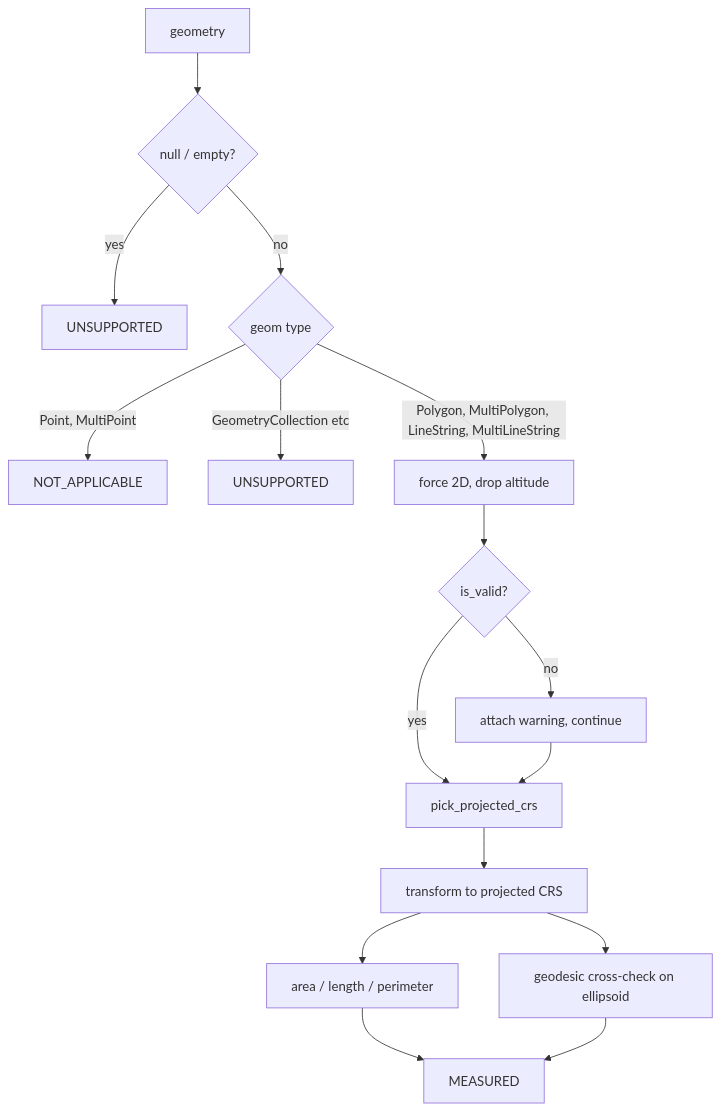
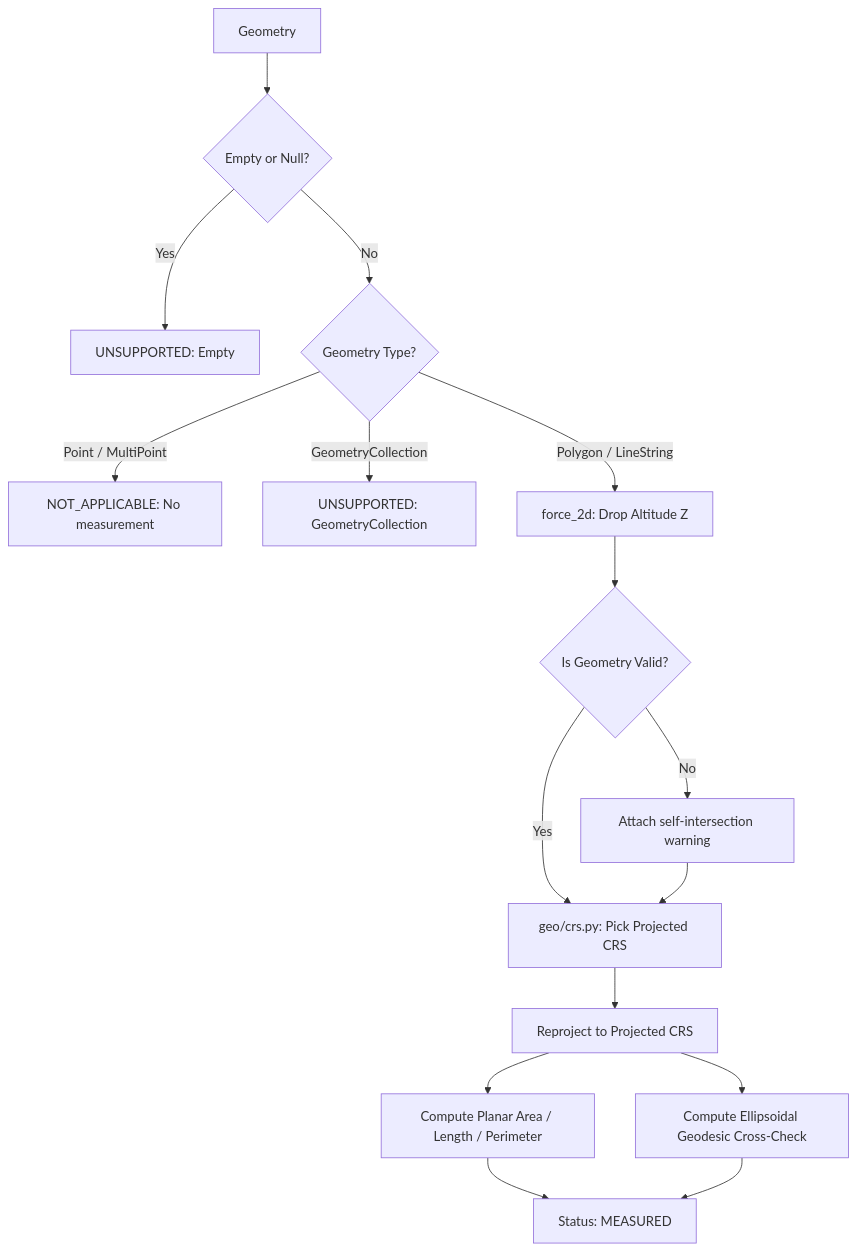
Before and after one commit to Sumith2104/geo-measure-api: the third of 3 diagrams in README.md, drawn with Mermaid. The commit also changed other lines of this file and 1 other file, not shown here.

````diff
--- a/README.md
+++ b/README.md
@@ -236,18 +306,21 @@
 ```mermaid
 flowchart TD
-    G[geometry] --> N{null / empty?}
-    N -- yes --> U1[UNSUPPORTED]
-    N -- no --> T{geom type}
-    T -- Point, MultiPoint --> NA[NOT_APPLICABLE]
-    T -- GeometryCollection etc --> U2[UNSUPPORTED]
-    T -- Polygon, MultiPolygon, LineString, MultiLineString --> F2[force 2D, drop altitude]
-    F2 --> V{is_valid?}
-    V -- no --> W[attach warning, continue]
-    V -- yes --> P
-    W --> P[pick_projected_crs]
-    P --> PR[transform to projected CRS]
-    PR --> AR[area / length / perimeter]
-    PR --> GE[geodesic cross-check on ellipsoid]
-    AR --> OUT[MEASURED]
-    GE --> OUT
+    G[Geometry] --> EmptyCheck{Empty or Null?}
+    EmptyCheck -- Yes --> U1[UNSUPPORTED: Empty]
+    EmptyCheck -- No --> TypeCheck{Geometry Type?}
+    
+    TypeCheck -- Point / MultiPoint --> NA[NOT_APPLICABLE: No measurement]
+    TypeCheck -- GeometryCollection --> U2[UNSUPPORTED: GeometryCollection]
+    TypeCheck -- Polygon / LineString --> Force2D[force_2d: Drop Altitude Z]
+    
+    Force2D --> ValidityCheck{Is Geometry Valid?}
+    ValidityCheck -- No --> Warn[Attach self-intersection warning]
+    ValidityCheck -- Yes --> CRSSelect
+    Warn --> CRSSelect[geo/crs.py: Pick Projected CRS]
+    
+    CRSSelect --> Transform[Reproject to Projected CRS]
+    Transform --> Calc[Compute Planar Area / Length / Perimeter]
+    Transform --> Geod[Compute Ellipsoidal Geodesic Cross-Check]
+    Calc --> Out[Status: MEASURED]
+    Geod --> Out
 ```
````
